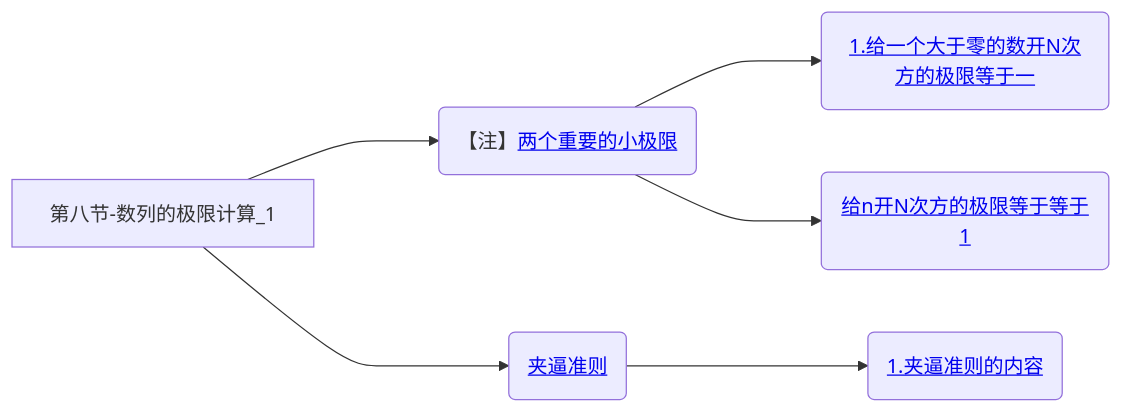
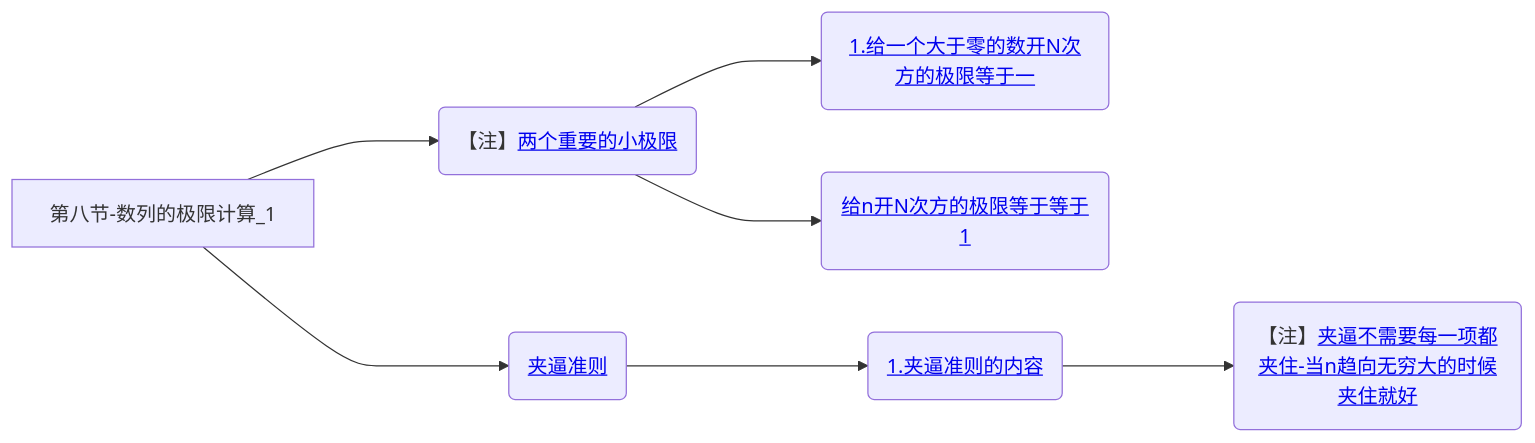
Before and after one commit to yuebinghui/note: the eighth of 8 diagrams in 笔记/数学/周洋鑫/01.基础班思维导图.md, drawn with Mermaid. The commit also changed 4 other files, not shown here.

````diff
--- a/笔记/数学/周洋鑫/01.基础班思维导图.md
+++ b/笔记/数学/周洋鑫/01.基础班思维导图.md
@@ -311,11 +311,12 @@
 ```mermaid
 graph LR
 第八节-数列的极限计算_1
 
 第八节-数列的极限计算_1--->两个重要的小极限(【注】<a href="/Users/yuebinghui/Documents/program/github/note/笔记/数学/周洋鑫/基础班/08.数列的极限计算_1.md#两个重要的小极限">两个重要的小极限</>)
 两个重要的小极限--->1.给一个大于零的数开N次方的极限等于一(<a href="/Users/yuebinghui/Documents/program/github/note/笔记/数学/周洋鑫/基础班/08.数列的极限计算_1.md#1.给一个大于零的数开N次方的极限等于一">1.给一个大于零的数开N次方的极限等于一</>)
 两个重要的小极限--->给n开N次方的极限等于等于1(<a href="/Users/yuebinghui/Documents/program/github/note/笔记/数学/周洋鑫/基础班/08.数列的极限计算_1.md#给n开N次方的极限等于等于1">给n开N次方的极限等于等于1</>)
 
 第八节-数列的极限计算_1--->夹逼准则(<a href="/Users/yuebinghui/Documents/program/github/note/笔记/数学/周洋鑫/基础班/08.数列的极限计算_1.md#夹逼准则">夹逼准则</>)
 夹逼准则--->1.夹逼准则的内容(<a href="/Users/yuebinghui/Documents/program/github/note/笔记/数学/周洋鑫/基础班/08.数列的极限计算_1.md#1.夹逼准则的内容">1.夹逼准则的内容</>)
+1.夹逼准则的内容--->夹逼不需要每一项都夹住-当n趋向无穷大的时候夹住就好(【注】<a href="/Users/yuebinghui/Documents/program/github/note/笔记/数学/周洋鑫/基础班/08.数列的极限计算_1.md#夹逼不需要每一项都夹住-当n趋向无穷大的时候夹住就好">夹逼不需要每一项都夹住-当n趋向无穷大的时候夹住就好</>)
 ```
````
